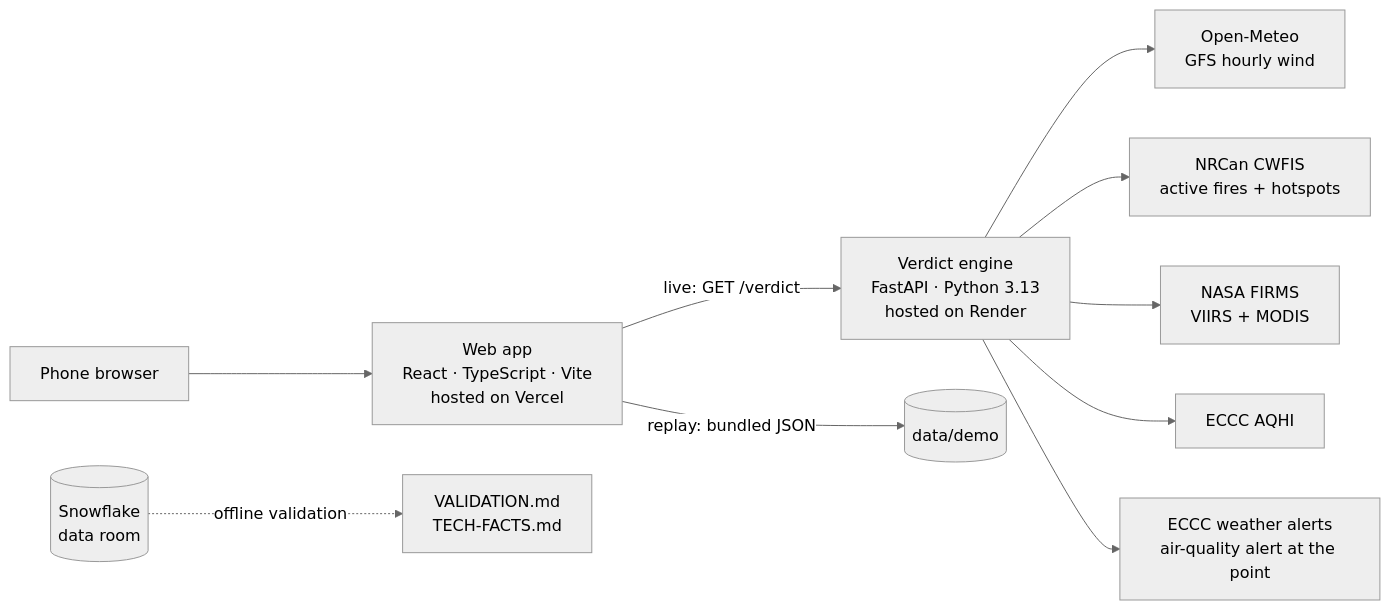
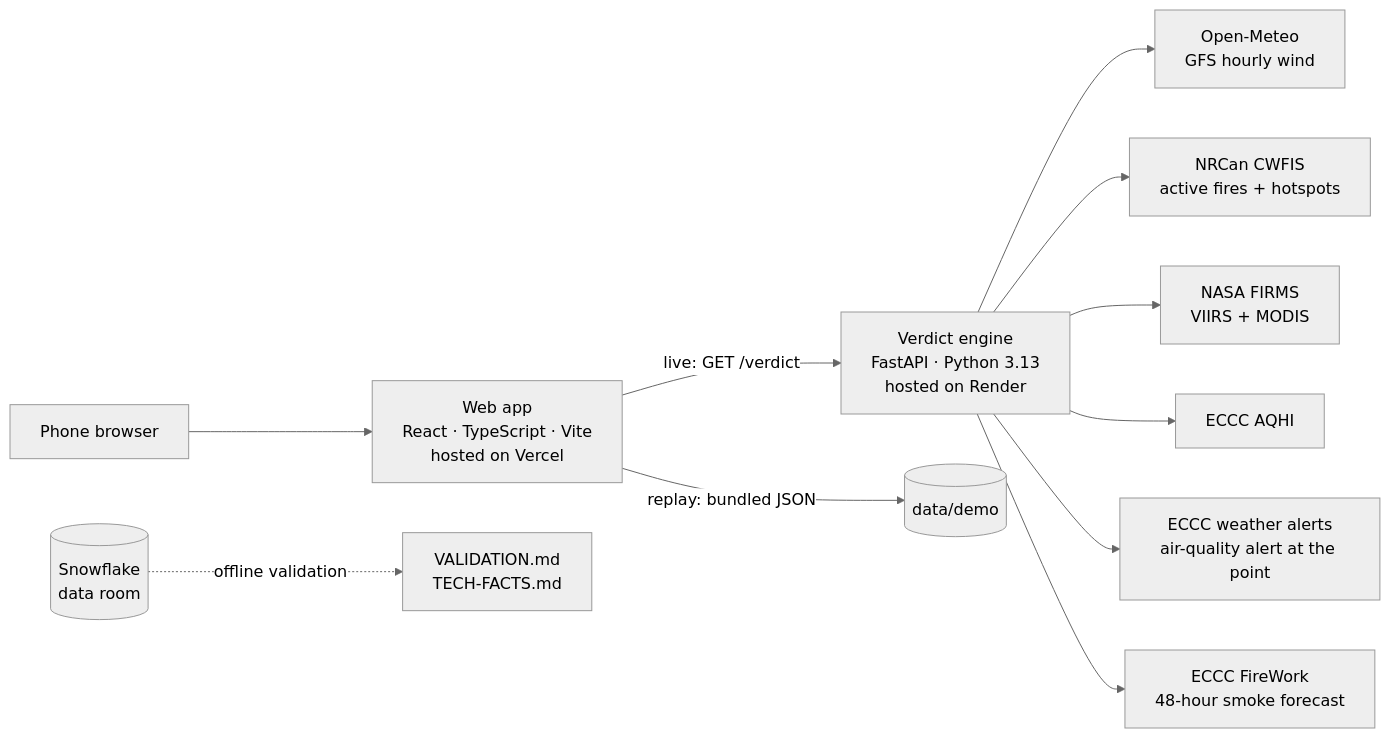
The diagram in README.md (SoufianeAmr/smoke-or-fire), drawn with Mermaid (neutral theme) before and after one commit. The commit also changed other lines of this file and 47 other files, not shown here.

````diff
--- a/README.md
+++ b/README.md
@@ -50,12 +52,13 @@
 ```mermaid
 flowchart LR
   U["Phone browser"] --> W["Web app<br/>React · TypeScript · Vite<br/>hosted on Vercel"]
   W -->|live: GET /verdict| E["Verdict engine<br/>FastAPI · Python 3.13<br/>hosted on Render"]
   W -->|replay: bundled JSON| R[("data/demo")]
   E --> OM["Open-Meteo<br/>GFS hourly wind"]
   E --> CW["NRCan CWFIS<br/>active fires + hotspots"]
   E --> FI["NASA FIRMS<br/>VIIRS + MODIS"]
   E --> AQ["ECCC AQHI"]
   E --> AL["ECCC weather alerts<br/>air-quality alert at the point"]
+  E --> FW["ECCC FireWork<br/>48-hour smoke forecast"]
   S[("Snowflake<br/>data room")] -.->|offline validation| V["VALIDATION.md<br/>TECH-FACTS.md"]
 ```
````
